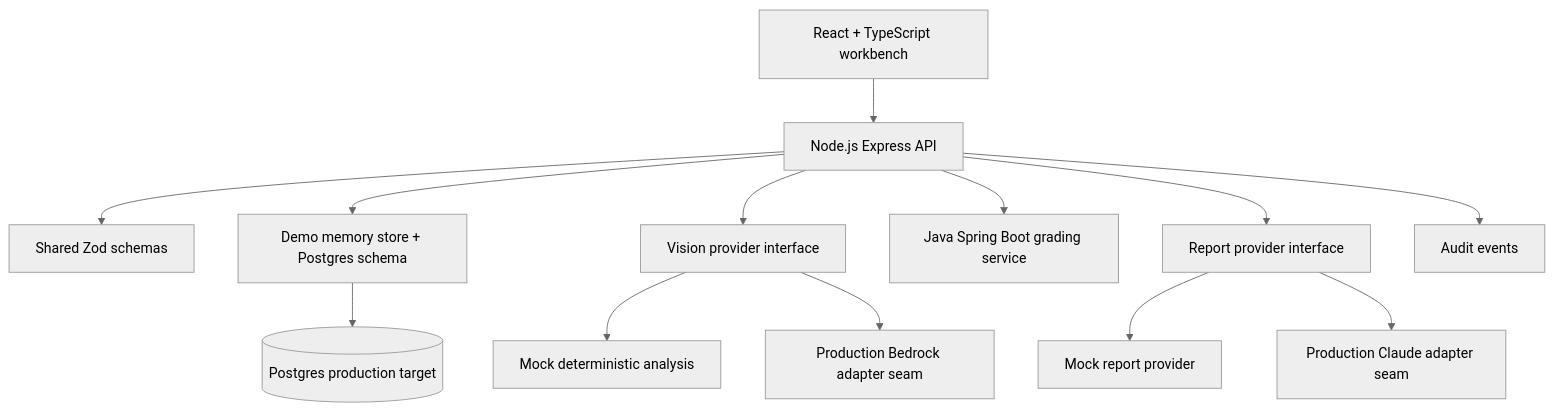
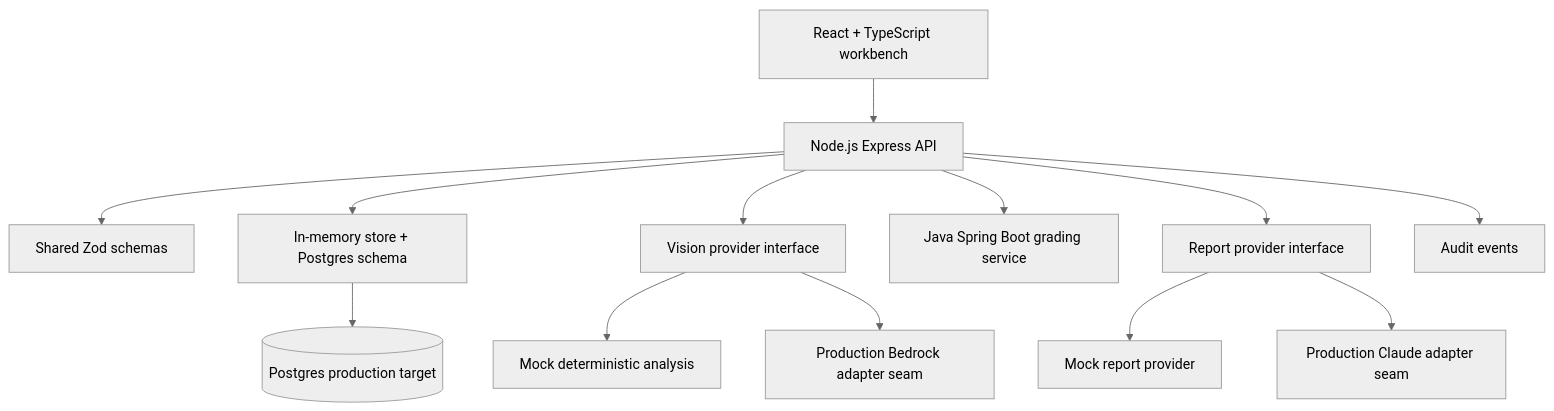
Before and after one commit to manynames3/inspectiq: the diagram in README.md, drawn with Mermaid (neutral theme). The commit also changed other lines of this file and 26 other files, not shown here.

````diff
--- a/README.md
+++ b/README.md
@@ -34,15 +34,15 @@
 ```mermaid
 flowchart TD
   Web[React + TypeScript workbench] --> API[Node.js Express API]
   API --> Shared[Shared Zod schemas]
-  API --> Store[Demo memory store + Postgres schema]
+  API --> Store[In-memory store + Postgres schema]
   API --> Vision[Vision provider interface]
   Vision --> MockVision[Mock deterministic analysis]
   Vision --> BedrockVision[Production Bedrock adapter seam]
   API --> Grade[Java Spring Boot grading service]
   API --> Report[Report provider interface]
   Report --> MockReport[Mock report provider]
   Report --> BedrockReport[Production Claude adapter seam]
   API --> Audit[Audit events]
   Store --> PG[(Postgres production target)]
 ```
````
